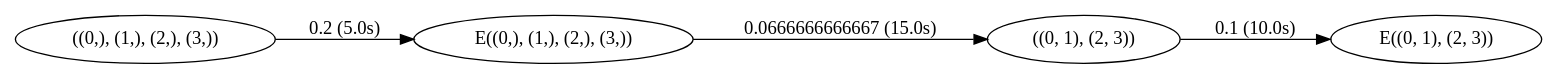
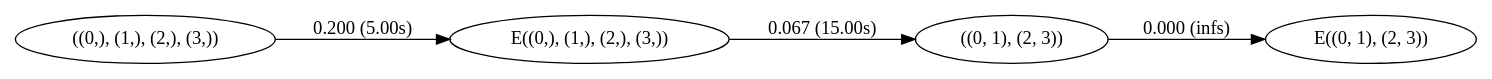
Before and after one commit to scj7t4/NetEmu: the diagram in result0.gv, drawn with Graphviz. The commit also changed 43 other files, not shown here.

```diff
--- a/result0.gv
+++ b/result0.gv
@@ -1,6 +1,6 @@
 digraph markov_chain { 
 rankdir=LR;
-"((0,), (1,), (2,), (3,))" -> "E((0,), (1,), (2,), (3,))" [ label = "0.2 (5.0s)" ]; 
-"E((0,), (1,), (2,), (3,))" -> "((0, 1), (2, 3))" [label = "0.0666666666667 (15.0s)" ]; 
-"((0, 1), (2, 3))" -> "E((0, 1), (2, 3))" [ label = "0.1 (10.0s)" ]; 
+"((0,), (1,), (2,), (3,))" -> "E((0,), (1,), (2,), (3,))" [ label = "0.200 (5.00s)" ]; 
+"E((0,), (1,), (2,), (3,))" -> "((0, 1), (2, 3))" [label = "0.067 (15.00s)" ]; 
+"((0, 1), (2, 3))" -> "E((0, 1), (2, 3))" [ label = "0.000 (infs)" ]; 
 }
```
